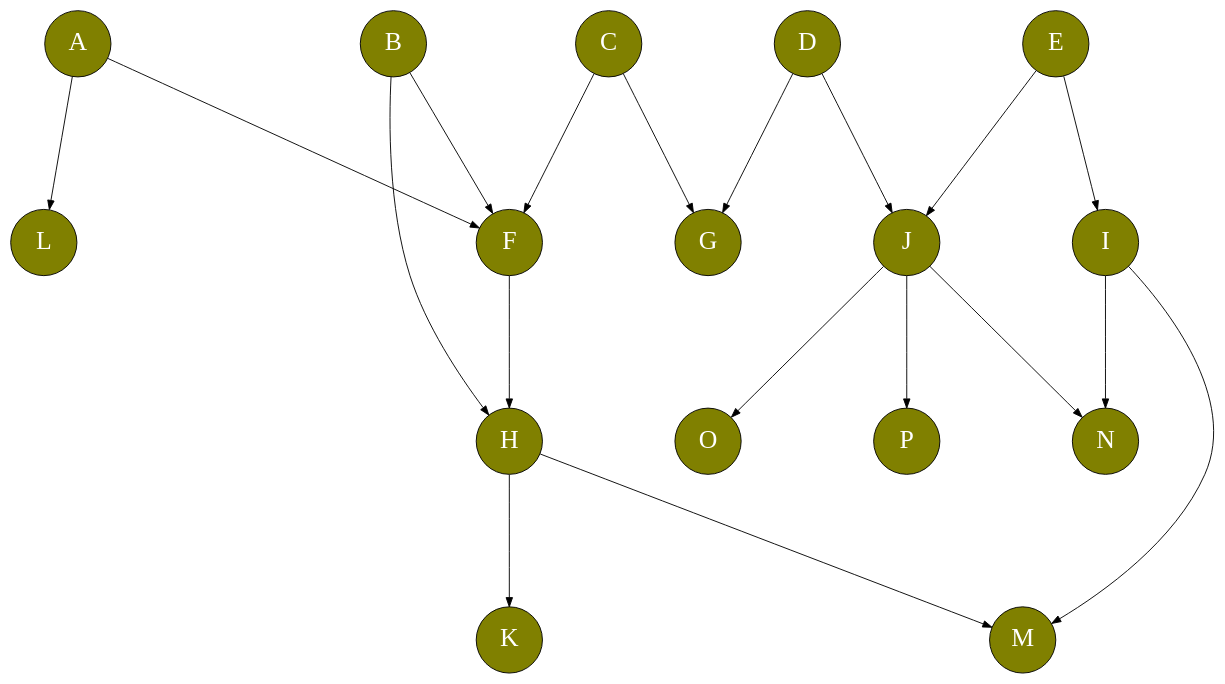
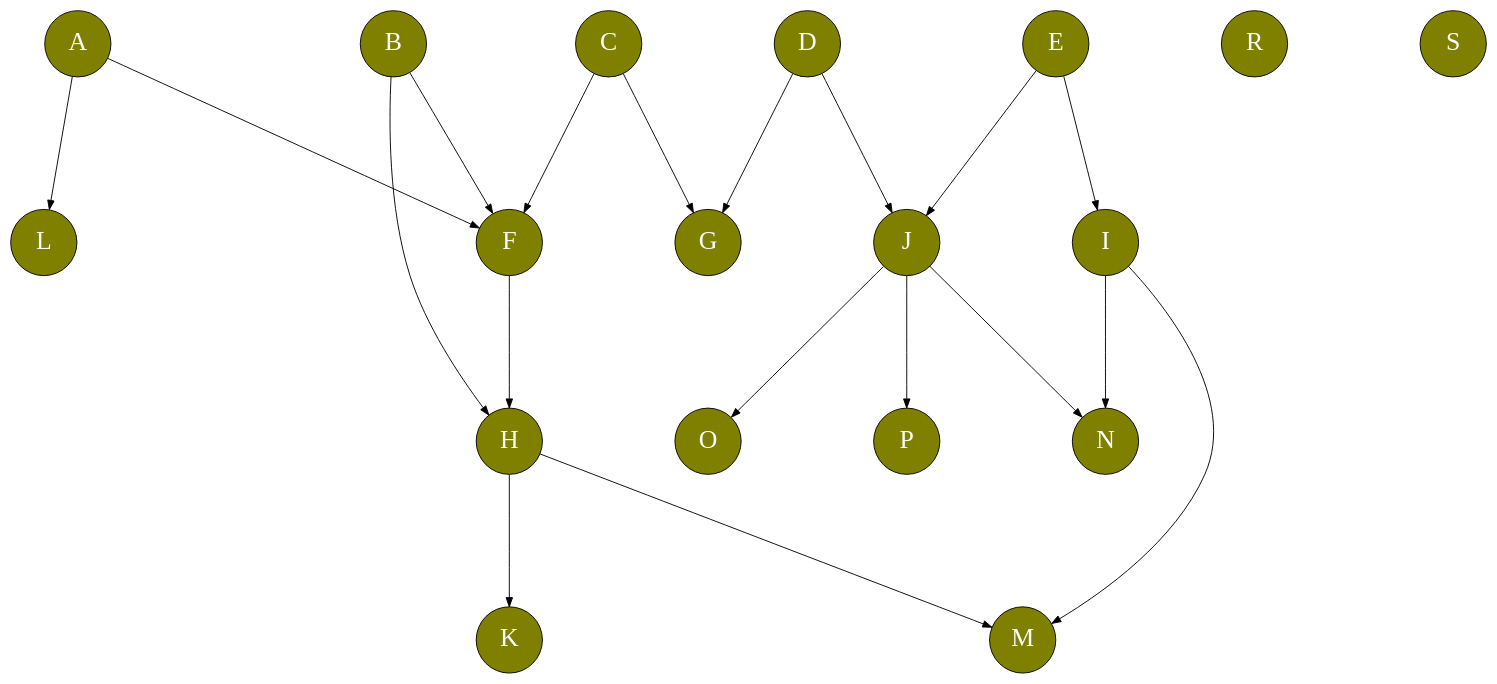
Before and after one commit to OfirMatasas/GPUP: the diagram in JavaFXUI/src/resourcers/graphviz/big_graph.dot, drawn with Graphviz. The commit also changed 7 other files, not shown here.

Commit message:
displayed big and small graphs

```diff
--- a/JavaFXUI/src/resourcers/graphviz/big_graph.dot
+++ b/JavaFXUI/src/resourcers/graphviz/big_graph.dot
@@ -1,17 +1,19 @@
 digraph G {
 
 node [margin=0 fontcolor=white fontsize=28 width=1 shape=circle style=filled fillcolor=olive]
 
 nodesep=2;
 ranksep = 2;
 
 A -> {L F}
 B -> {F H}
 C -> {G F}
 D -> {J G}
 E -> {J I}
 F -> H
 H -> {M K}
 I -> {M N}
 J -> {P O N}
+R
+S
 }
```
